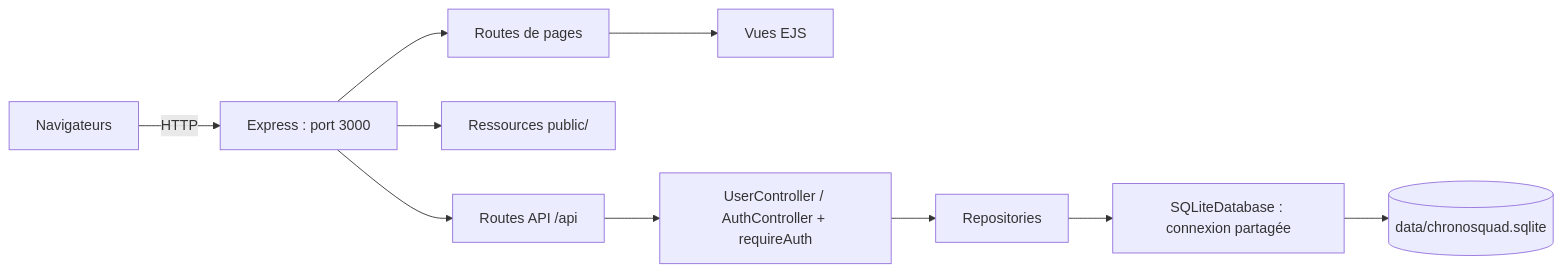
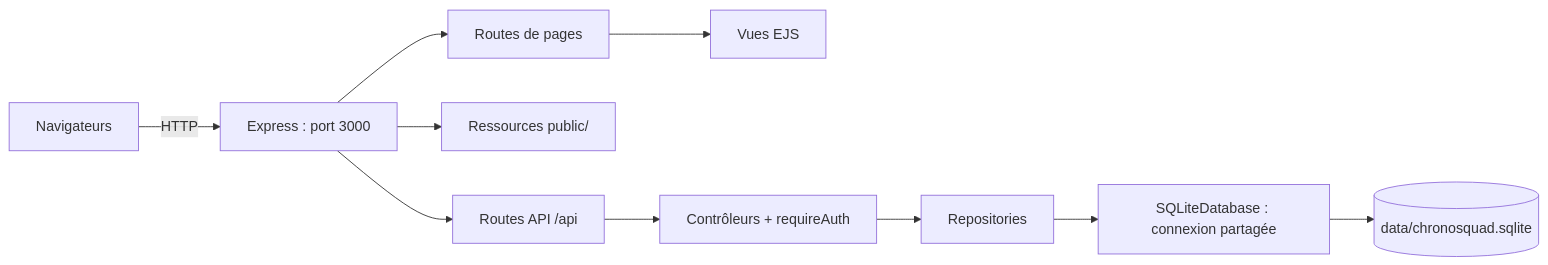
One commit to mbianytabs/ACL2026-ChronoSquad changed the first of 2 diagrams in docs/sprint0/conception.md. Above: the diagram before and after it, drawn with Mermaid. The commit also changed other lines of this file and 22 other files, not shown here.

````diff
--- a/docs/sprint0/conception.md
+++ b/docs/sprint0/conception.md
@@ -13,12 +13,12 @@
 ```mermaid
 flowchart LR
     C[Navigateurs] -->|HTTP| E[Express : port 3000]
     E --> P[Routes de pages]
     P --> V[Vues EJS]
     E --> S[Ressources public/]
     E --> A[Routes API /api]
-    A --> CT[UserController / AuthController + requireAuth]
+    A --> CT[Contrôleurs + requireAuth]
     CT --> R[Repositories]
     R --> DB[SQLiteDatabase : connexion partagée]
     DB --> F[(data/chronosquad.sqlite)]
 ```
````
